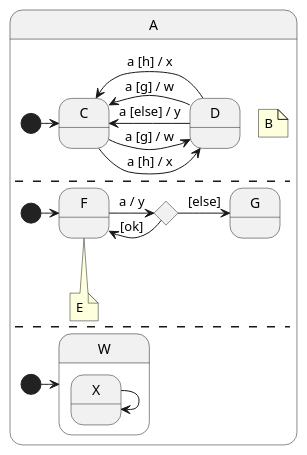
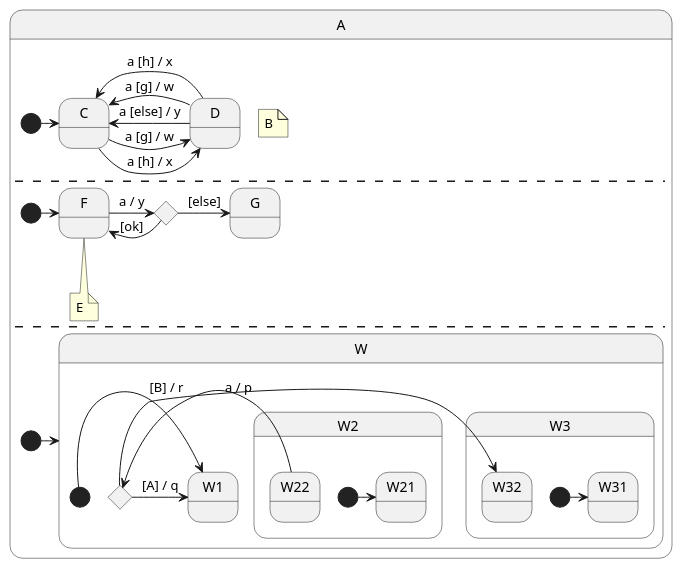
The diagram in foo.puml (theodore-norvell/cogent), drawn with PlantUML before and after one commit. The commit also changed 9 other files, not shown here.

```diff
--- a/foo.puml
+++ b/foo.puml
@@ -1,30 +1,44 @@
 @startuml
     state A {
         note "B" as B
         [*] -> C
         state C
         state D
         C -> D: a [g] / w
         C -> D: a [h] / x
         D -> C : a [g] / w
         D -> C : a [h] / x
         D -> C : a [else] / y
         --
         note "E" as E
         [*] -> F
         state F
         state G
         state H <<choice>>
         F -> H: a / y
         H -> F: [ok] 
         H -> G: [else]
         F --> E : XYZ
         --
         [*] -> W
         state W {
-            state X
-            X -> X
+            [*] -> W1
+            state W1
+            state WC <<choice>>
+            state W2 {
+                [*] -> W21
+                state W21
+                state W22
+                W22 -> WC : a / p
+            }
+            state W3 {
+                [*] -> W31
+                state W31
+                state W32
+            }
+            WC -> W1 : [A] / q
+            WC -> W32 : [B] / r
         }
     }
     state A
 @enduml
```
